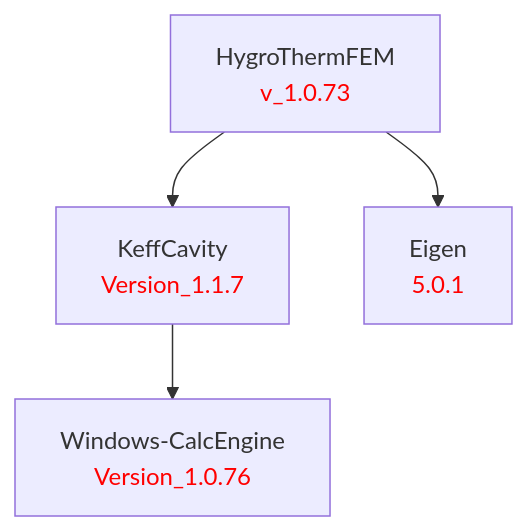
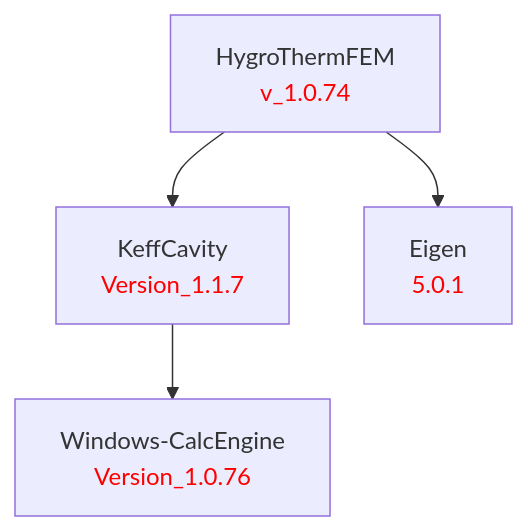
One commit to LBNL-ETA/HygroThermFEM changed the diagram in doc/HygroThermFEM.md. Above: the diagram before and after it, drawn with Mermaid. The commit also changed 1 other file, not shown here.

Commit message:
Bump to v_1.0.74; refresh dep chart

````diff
--- a/doc/HygroThermFEM.md
+++ b/doc/HygroThermFEM.md
@@ -1,13 +1,13 @@
 ```mermaid
 graph TD
     %% Package definitions
-    HygroThermFEM[HygroThermFEM<br/><font color='red'>v_1.0.73</font>]
+    HygroThermFEM[HygroThermFEM<br/><font color='red'>v_1.0.74</font>]
     KeffCavity[KeffCavity<br/><font color='red'>Version_1.1.7</font>]
     Eigen[Eigen<br/><font color='red'>5.0.1</font>]
     WindowsCalcEngine[Windows-CalcEngine<br/><font color='red'>Version_1.0.76</font>]
 
     %% Package relations
     HygroThermFEM --> KeffCavity
     HygroThermFEM --> Eigen
     KeffCavity --> WindowsCalcEngine
 ```
````
